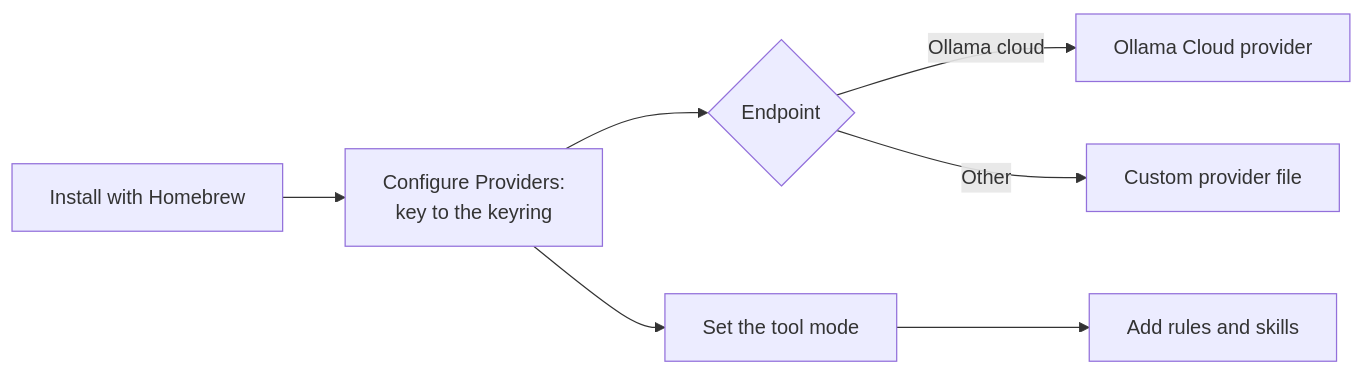
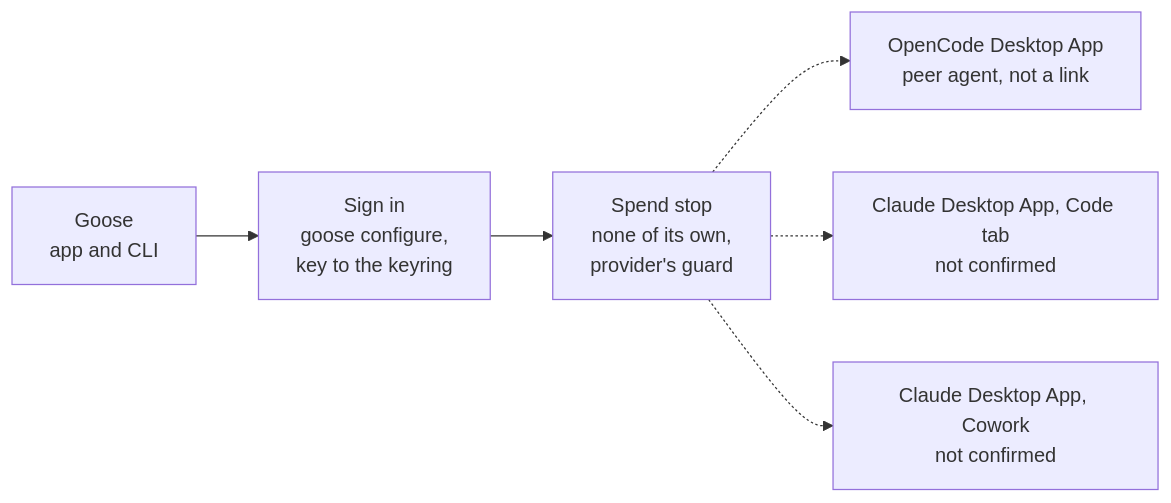
Before and after one commit to SoulCraft-Org/compute-crafter: the diagram in guides/goose.md, drawn with Mermaid. The commit also changed other lines of this file and 11 other files, not shown here.

First line of the commit message:
🎨 Guides batch 4: visual first, two desktop apps (GitHub, Goose, Zed, Claude API)

````diff
--- a/guides/goose.md
+++ b/guides/goose.md
@@ -9,7 +5,7 @@
 ```mermaid
 flowchart LR
-  I[Install with Homebrew] --> P[Configure Providers:<br/>key to the keyring] --> E{Endpoint}
-  E -->|Ollama cloud| O[Ollama Cloud provider]
-  E -->|Other| C[Custom provider file]
-  P --> M[Set the tool mode] --> H[Add rules and skills]
+  P[Goose<br/>app and CLI] --> S[Sign in<br/>goose configure,<br/>key to the keyring] --> G[Spend stop<br/>none of its own,<br/>provider's guard]
+  G -.-> O[OpenCode Desktop App<br/>peer agent, not a link]
+  G -.-> C[Claude Desktop App, Code tab<br/>not confirmed]
+  G -.-> W[Claude Desktop App, Cowork<br/>not confirmed]
 ```
````
